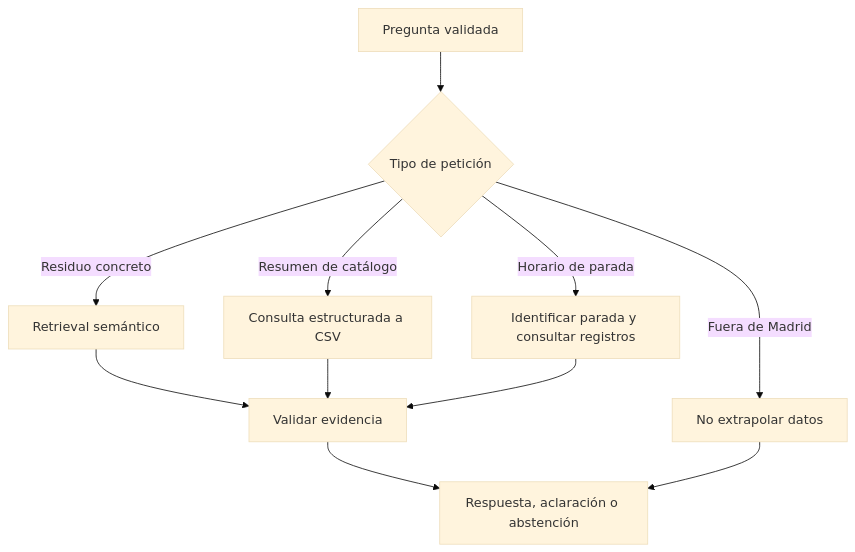
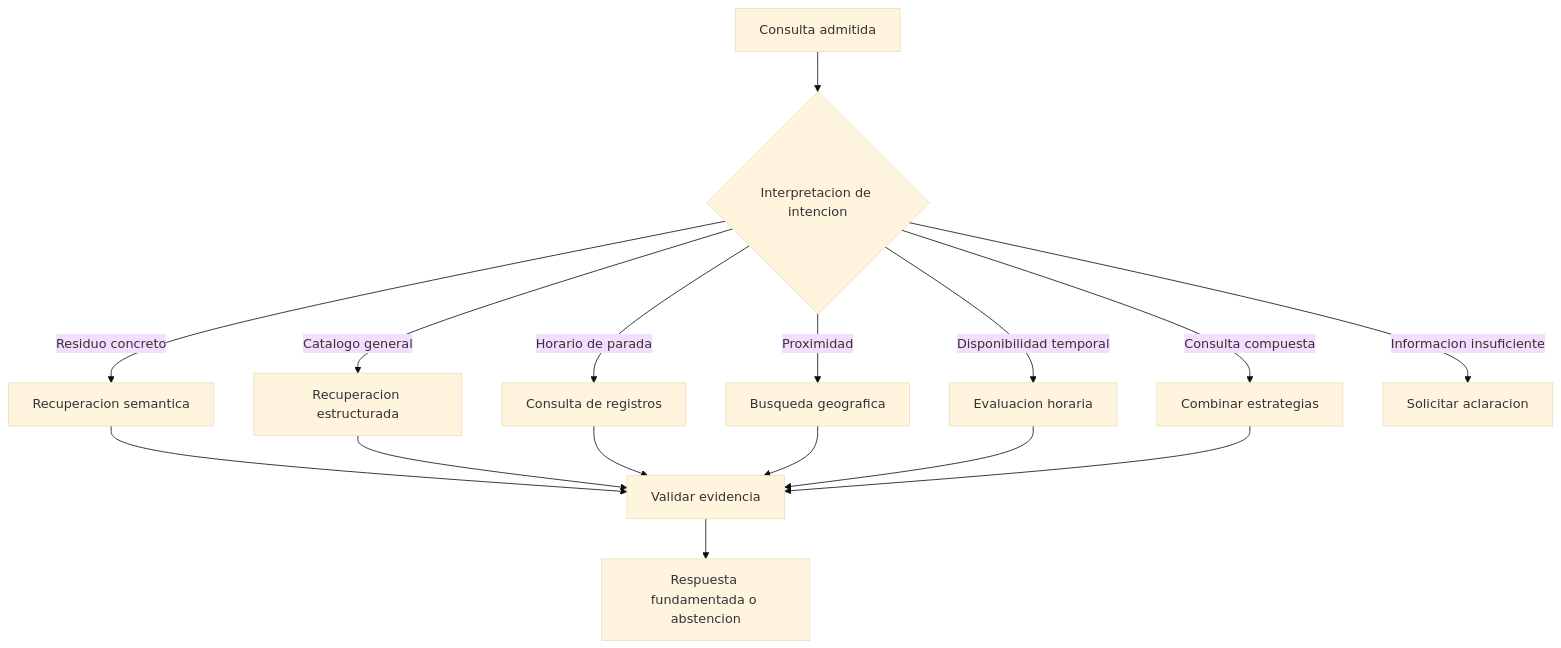
The diagram in specs/04-consultas-generales.md (alex-bometon/pb03_equipo18), drawn with Mermaid (base theme) before and after one commit. The commit also changed other lines of this file and 17 other files, not shown here.

````diff
--- a/specs/04-consultas-generales.md
+++ b/specs/04-consultas-generales.md
@@ -9,13 +84,18 @@
 ```mermaid
 flowchart TD
-    U[Pregunta validada] --> D{Tipo de petición}
-    D -->|Residuo concreto| S[Retrieval semántico]
-    D -->|Resumen de catálogo| C[Consulta estructurada a CSV]
-    D -->|Horario de parada| H[Identificar parada y consultar registros]
-    D -->|Fuera de Madrid| O[No extrapolar datos]
+    U[Consulta admitida] --> D{Interpretacion de intencion}
+    D -->|Residuo concreto| S[Recuperacion semantica]
+    D -->|Catalogo general| C[Recuperacion estructurada]
+    D -->|Horario de parada| H[Consulta de registros]
+    D -->|Proximidad| G[Busqueda geografica]
+    D -->|Disponibilidad temporal| T[Evaluacion horaria]
+    D -->|Consulta compuesta| M[Combinar estrategias]
+    D -->|Informacion insuficiente| A[Solicitar aclaracion]
     S --> R[Validar evidencia]
     C --> R
     H --> R
-    R --> V[Respuesta, aclaración o abstención]
-    O --> V
+    G --> R
+    T --> R
+    M --> R
+    R --> V[Respuesta fundamentada o abstencion]
 ```
````
